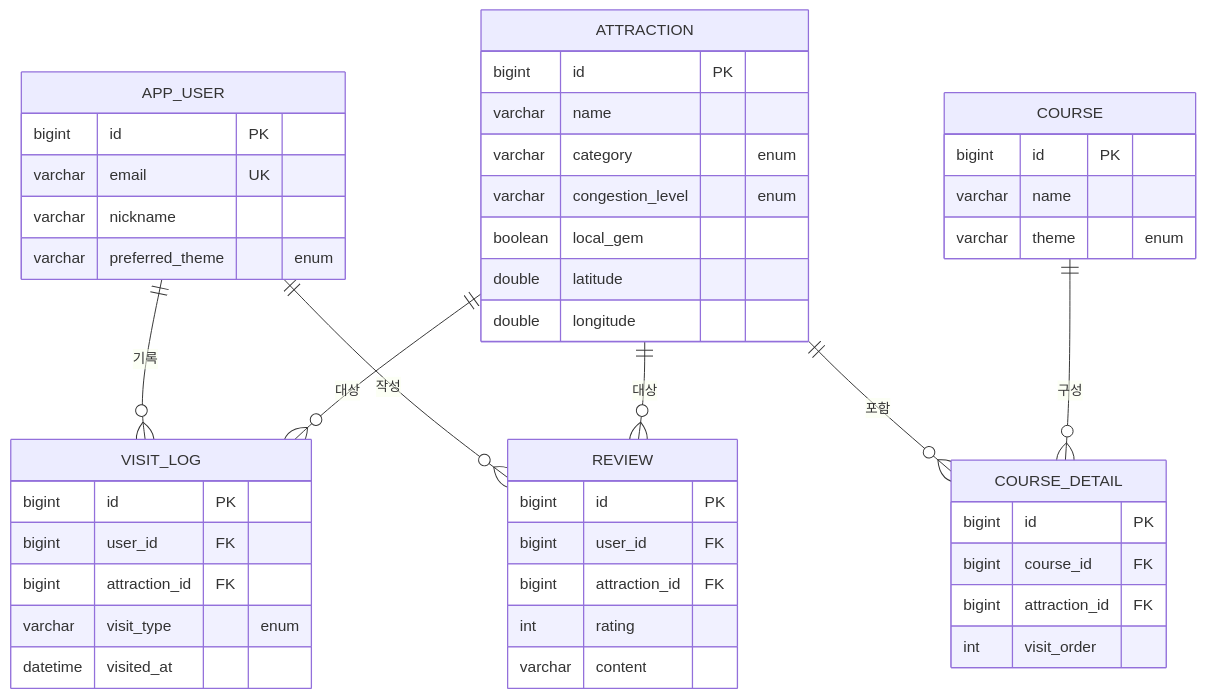
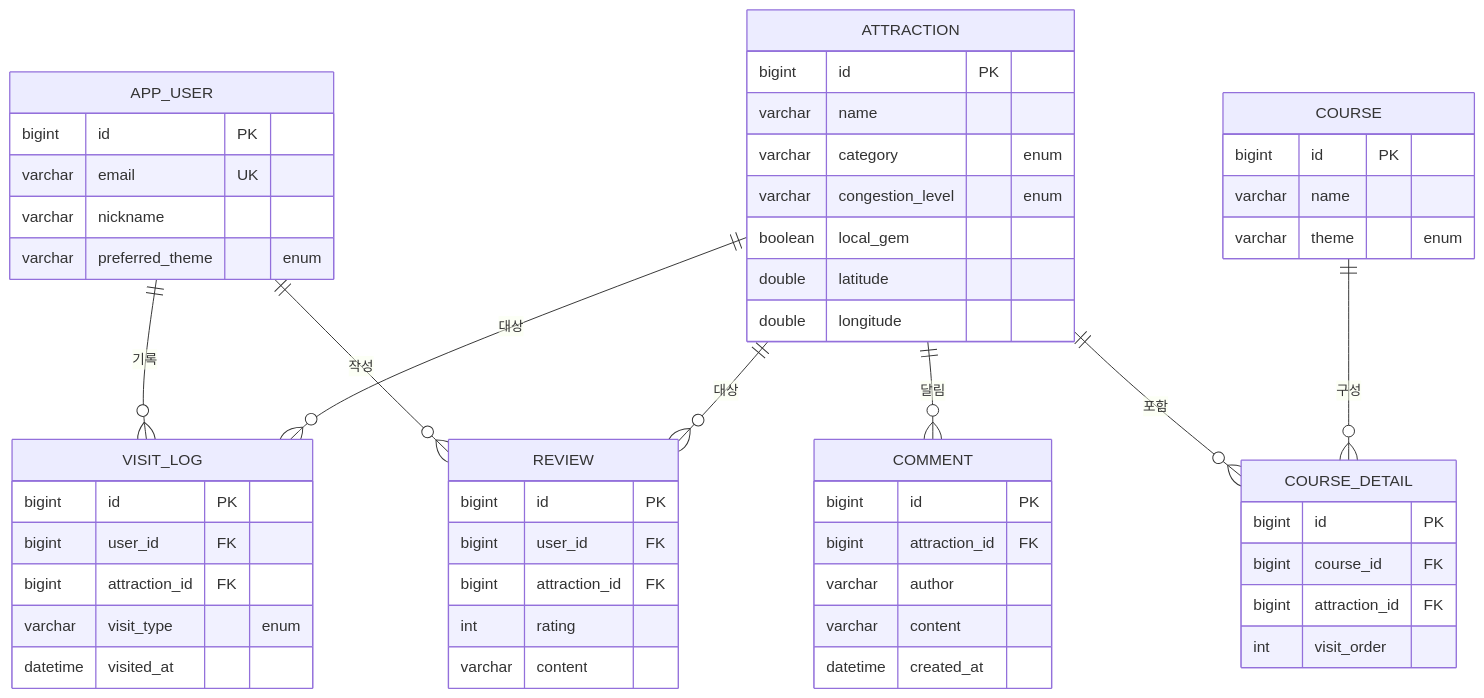
The diagram in docs/02-database-design.md (semini080220-ship-it/Kangwon--University--Database-project-team-), drawn with Mermaid before and after one commit. The commit also changed other lines of this file and 16 other files, not shown here.

````diff
--- a/docs/02-database-design.md
+++ b/docs/02-database-design.md
@@ -4,50 +4,58 @@
 ```mermaid
 erDiagram
     APP_USER ||--o{ VISIT_LOG : "기록"
     APP_USER ||--o{ REVIEW : "작성"
     ATTRACTION ||--o{ VISIT_LOG : "대상"
     ATTRACTION ||--o{ REVIEW : "대상"
+    ATTRACTION ||--o{ COMMENT : "달림"
     ATTRACTION ||--o{ COURSE_DETAIL : "포함"
     COURSE ||--o{ COURSE_DETAIL : "구성"
 
     ATTRACTION {
         bigint id PK
         varchar name
         varchar category "enum"
         varchar congestion_level "enum"
         boolean local_gem
         double latitude
         double longitude
     }
     APP_USER {
         bigint id PK
         varchar email UK
         varchar nickname
         varchar preferred_theme "enum"
     }
     COURSE {
         bigint id PK
         varchar name
         varchar theme "enum"
     }
     COURSE_DETAIL {
         bigint id PK
         bigint course_id FK
         bigint attraction_id FK
         int visit_order
     }
     VISIT_LOG {
         bigint id PK
         bigint user_id FK
         bigint attraction_id FK
         varchar visit_type "enum"
         datetime visited_at
     }
     REVIEW {
         bigint id PK
         bigint user_id FK
         bigint attraction_id FK
         int rating
         varchar content
     }
+    COMMENT {
+        bigint id PK
+        bigint attraction_id FK
+        varchar author
+        varchar content
+        datetime created_at
+    }
 ```
````
